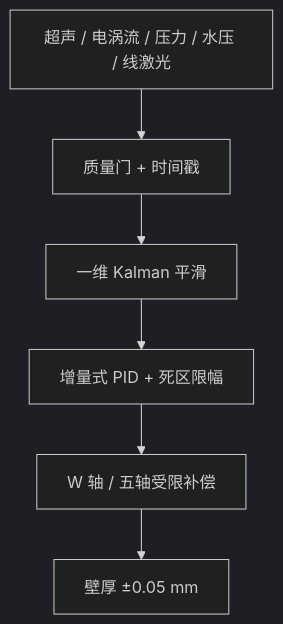
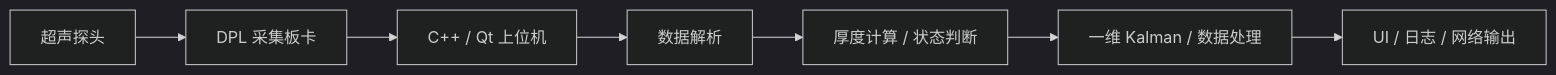
The diagram in content/projects/top.md (l2ktech/wzy-portfolio), drawn with Mermaid (dark theme) before and after one commit. The commit also changed other lines of this file, not shown here.

````diff
--- a/content/projects/top.md
+++ b/content/projects/top.md
@@ -8,8 +12,9 @@
 ```mermaid
-flowchart TD
-  A["超声 / 电涡流 / 压力 / 水压 / 线激光"] --> B["质量门 + 时间戳"]
-  B --> C["一维 Kalman 平滑"]
-  C --> D["增量式 PID + 死区限幅"]
-  D --> E["W 轴 / 五轴受限补偿"]
-  E --> F["壁厚 ±0.05 mm"]
+flowchart LR
+  A["超声探头"] --> B["DPL 采集板卡"]
+  B --> C["C++ / Qt 上位机"]
+  C --> D["数据解析"]
+  D --> E["厚度计算 / 状态判断"]
+  E --> F["一维 Kalman / 数据处理"]
+  F --> G["UI / 日志 / 网络输出"]
 ```
````
